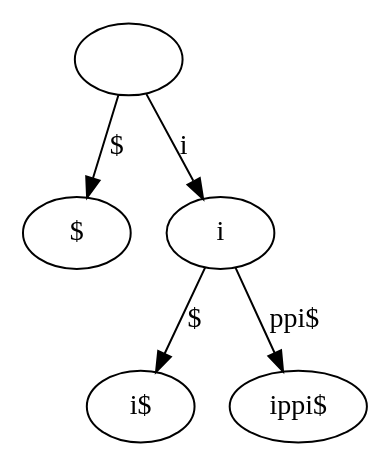
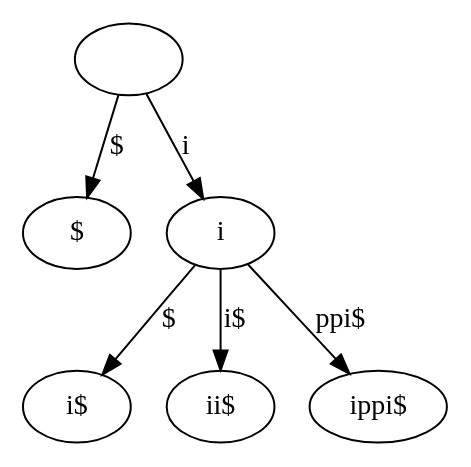
The diagram in 3_lcp_suffix_tree/test-output/iter/2.gv (cmkobel/GSA), drawn with Graphviz before and after one commit. The commit also changed 24 other files, not shown here.

```diff
--- a/3_lcp_suffix_tree/test-output/iter/2.gv
+++ b/3_lcp_suffix_tree/test-output/iter/2.gv
@@ -1,12 +1,14 @@
 // Suffix tree
 digraph {
 	"|" [label=""]
 	"$|$" [label="$"]
 	"|" -> "$|$" [label="$"]
 	"i|i" [label=i]
 	"$|i$" [label="i$"]
 	"i|i" -> "$|i$" [label="$"]
+	"i$|ii$" [label="ii$"]
+	"i|i" -> "i$|ii$" [label="i$"]
 	"ppi$|ippi$" [label="ippi$"]
 	"i|i" -> "ppi$|ippi$" [label="ppi$"]
 	"|" -> "i|i" [label=i]
 }
```
